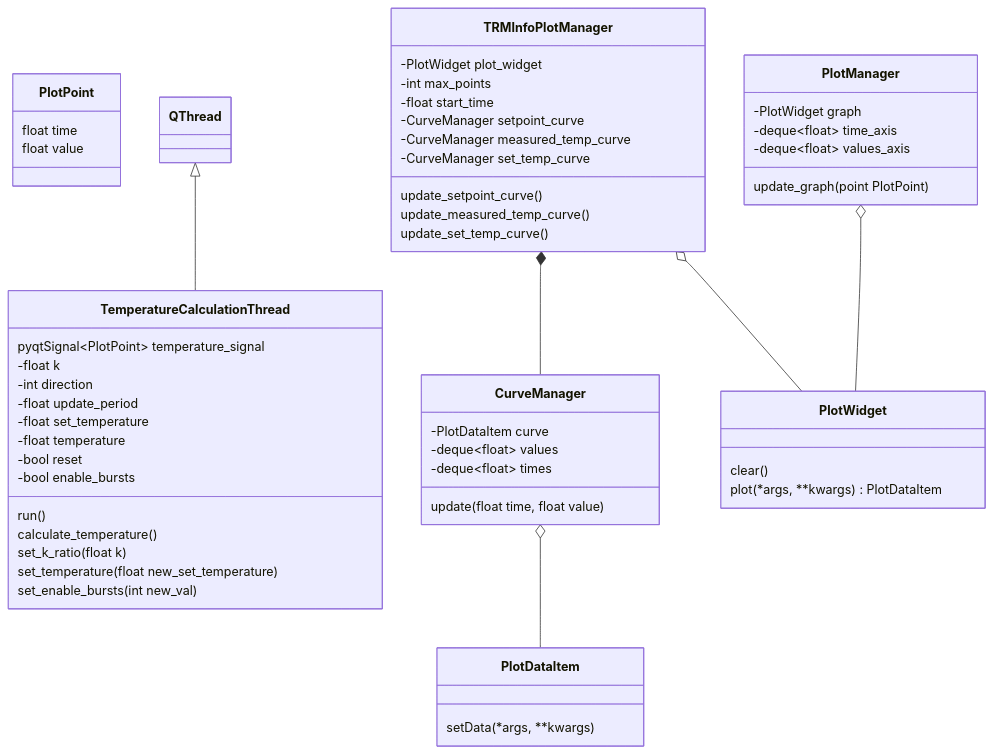
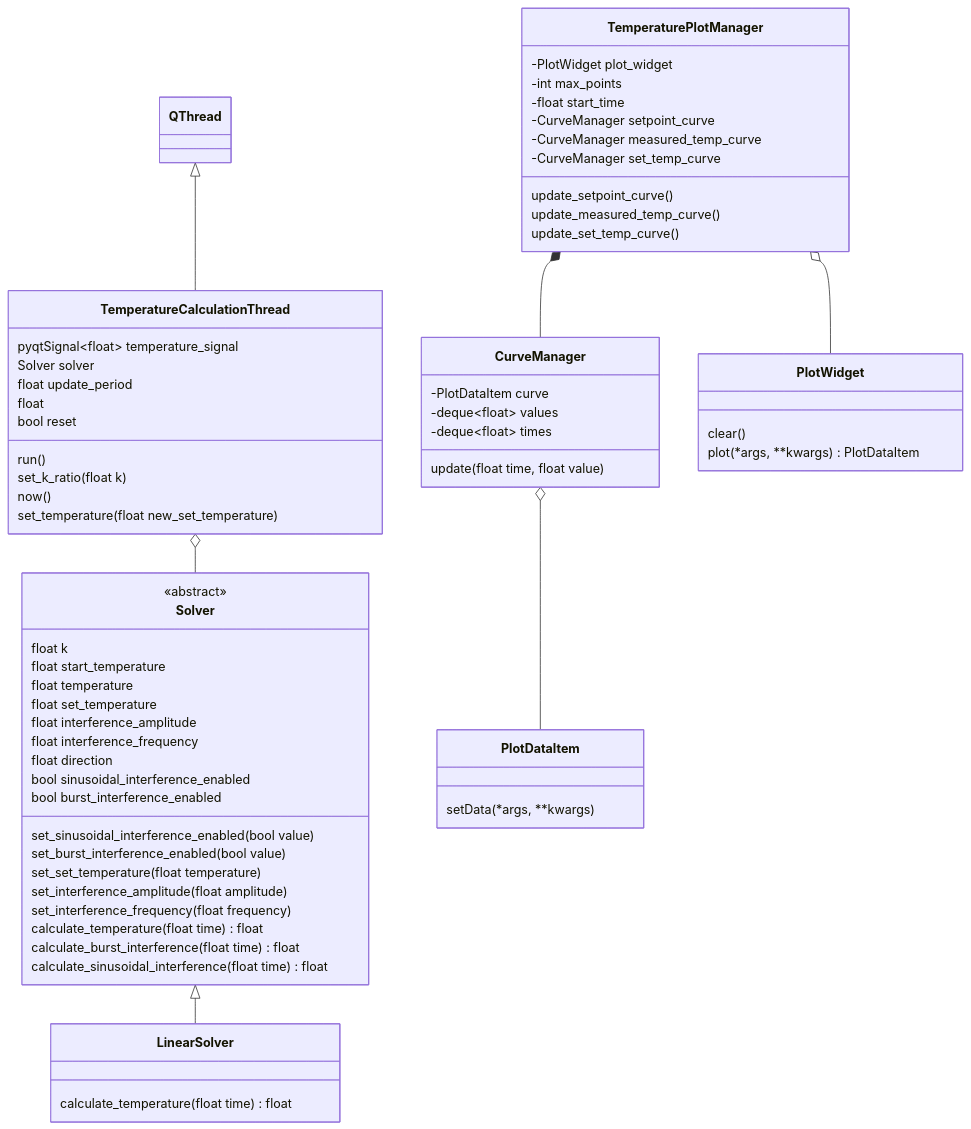
The fifth of 7 diagrams in data/diagrams/диаграмма классов.md (Marik28/dissertation), drawn with Mermaid before and after one commit. The commit also changed other lines of this file and 12 other files, not shown here.

````diff
--- a/data/diagrams/диаграмма классов.md
+++ b/data/diagrams/диаграмма классов.md
@@ -253,65 +271,75 @@
 ```mermaid
 classDiagram
     
-    class TemperatureCalculationThread {
-        pyqtSignal~PlotPoint~ temperature_signal
-        -float k
-        -int direction
-        -float update_period
-        -float set_temperature
-        -float temperature
-        -bool reset
-        -bool enable_bursts 
-        run()
-        calculate_temperature()
-        set_k_ratio(float k)
-        set_temperature(float new_set_temperature)
-        set_enable_bursts(int new_val)
+    class Solver {
+        <<abstract>>
+        float k
+        float start_temperature
+        float temperature
+        float set_temperature
+        float interference_amplitude
+        float interference_frequency
+        float direction
+        bool sinusoidal_interference_enabled
+        bool burst_interference_enabled
+        set_sinusoidal_interference_enabled(bool value)
+        set_burst_interference_enabled(bool value)
+        set_set_temperature(float temperature)
+        set_interference_amplitude(float amplitude)
+        set_interference_frequency(float frequency)
+        calculate_temperature(float time) float
+        calculate_burst_interference(float time) float
+        calculate_sinusoidal_interference(float time) float
     }
     
-    class PlotPoint{
-        float time
-        float value
+    class LinearSolver {
+        calculate_temperature(float time) float
     }
     
-    class PlotManager {
-        -PlotWidget graph
-        -deque~float~ time_axis
-        -deque~float~ values_axis
-        update_graph(point PlotPoint)
+    class TemperatureCalculationThread {
+        pyqtSignal~float~ temperature_signal
+        Solver solver
+        float update_period
+        float
+        bool reset
+        run()
+        set_k_ratio(float k)
+        now()
+        set_temperature(float new_set_temperature)
     }
     
     class CurveManager {
         -PlotDataItem curve
         -deque~float~ values
         -deque~float~ times
         update(float time, float value)
     }
     
-    class TRMInfoPlotManager {
+    class TemperaturePlotManager {
         -PlotWidget plot_widget
         -int max_points
         -float start_time
         -CurveManager setpoint_curve
         -CurveManager measured_temp_curve
         -CurveManager set_temp_curve
         update_setpoint_curve()       
         update_measured_temp_curve()       
         update_set_temp_curve()       
     }
     
     class PlotWidget {
         clear()
         plot(*args, **kwargs) PlotDataItem
     }
     
     class PlotDataItem {
         setData(*args, **kwargs)
     }
     
     QThread <|-- TemperatureCalculationThread
-    TRMInfoPlotManager *-- CurveManager
-    TRMInfoPlotManager o-- PlotWidget
-    PlotManager o-- PlotWidget
+    TemperatureCalculationThread o-- Solver
+    TemperaturePlotManager *-- CurveManager
+    TemperaturePlotManager o-- PlotWidget
     CurveManager o-- PlotDataItem
+    Solver <|-- LinearSolver
 ```
````
